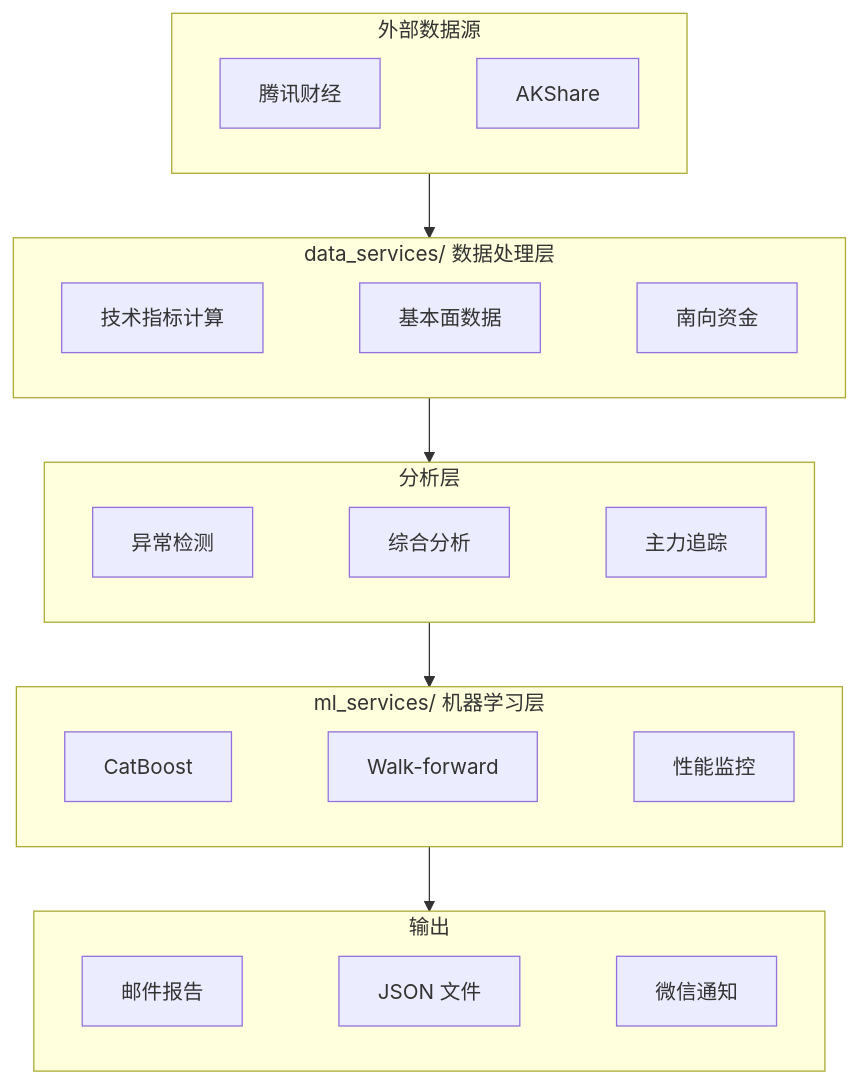
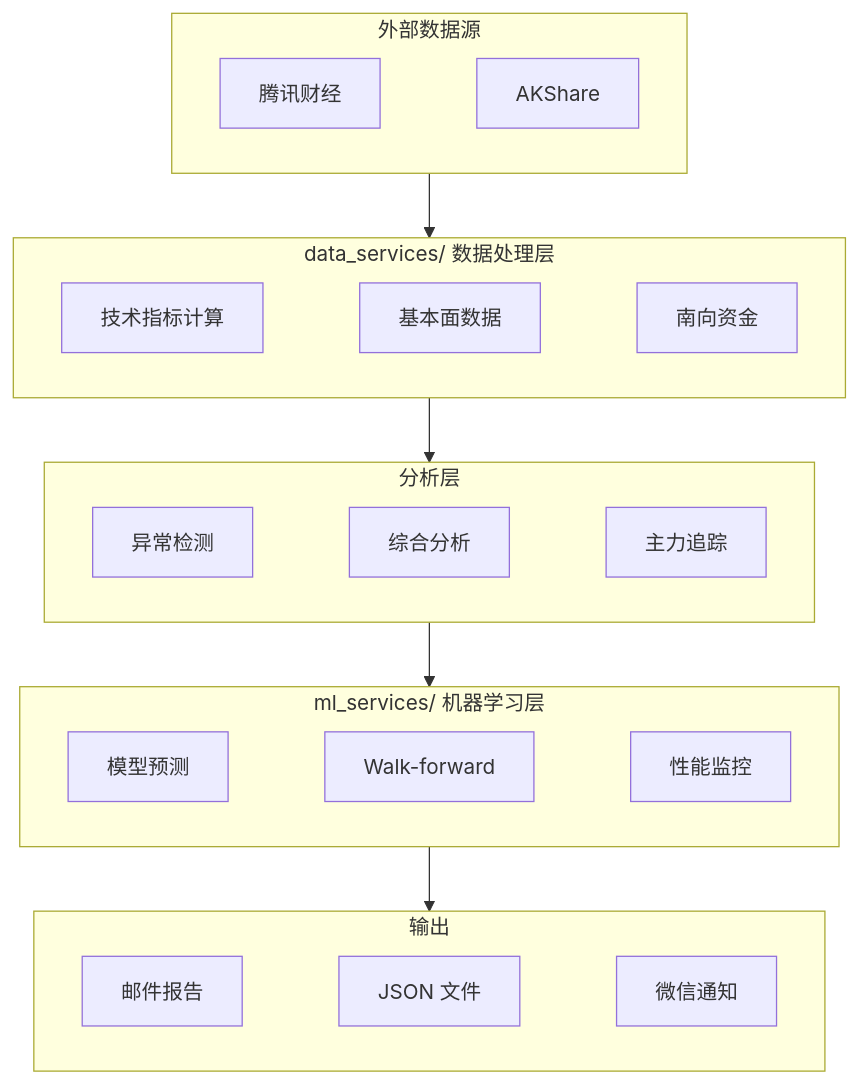
The diagram in AGENTS.md (wonglaitung/fortune), drawn with Mermaid before and after one commit. The commit also changed 3 other files, not shown here.

Commit message:
fix(docs): 港股20d实跑=LightGBM事实修正(算法行/标题/流程图7处)+lessons pkl标签坑

````diff
--- a/AGENTS.md
+++ b/AGENTS.md
@@ -142,43 +142,43 @@
 ```mermaid
 flowchart TD
     subgraph SRC["外部数据源"]
         direction LR
         S1["腾讯财经"]
         S2["AKShare"]
         S1 ~~~ S2
     end
 
     subgraph DS["data_services/ 数据处理层"]
         direction LR
         D1["技术指标计算"]
         D2["基本面数据"]
         D3["南向资金"]
         D1 ~~~ D2 ~~~ D3
     end
 
     subgraph AN["分析层"]
         direction LR
         A1["异常检测"]
         A2["综合分析"]
         A3["主力追踪"]
         A1 ~~~ A2 ~~~ A3
     end
 
     subgraph ML["ml_services/ 机器学习层"]
         direction LR
-        M1["CatBoost"]
+        M1["模型预测"]
         M2["Walk-forward"]
         M3["性能监控"]
         M1 ~~~ M2 ~~~ M3
     end
 
     subgraph OUT["输出"]
         direction LR
         O1["邮件报告"]
         O2["JSON 文件"]
         O3["微信通知"]
         O1 ~~~ O2 ~~~ O3
     end
 
     SRC --> DS --> AN --> ML --> OUT
 ```
````
